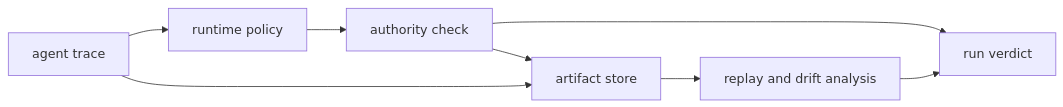
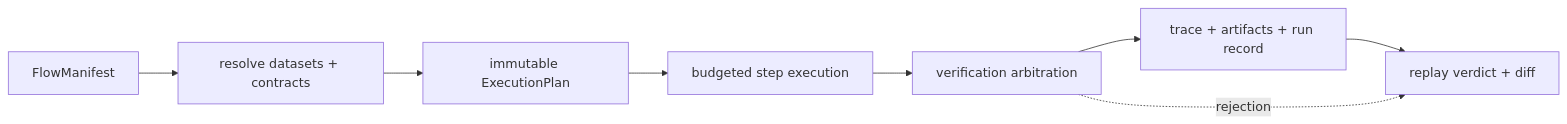
The diagram in docs/06-bijux-canon-runtime/index.md (bijux/bijux-canon), drawn with Mermaid before and after one commit. The commit also changed other lines of this file and 1 other file, not shown here.

Commit message:
docs(runtime): define replay and authority evidence

````diff
--- a/docs/06-bijux-canon-runtime/index.md
+++ b/docs/06-bijux-canon-runtime/index.md
@@ -23,13 +22,13 @@
 ```mermaid
 flowchart LR
-    trace["agent trace"]
-    policy["runtime policy"]
-    authority["authority check"]
-    store["artifact store"]
-    analysis["replay and drift analysis"]
-    verdict["run verdict"]
+    manifest["FlowManifest"]
+    resolve["resolve datasets + contracts"]
+    plan["immutable ExecutionPlan"]
+    execute["budgeted step execution"]
+    verify["verification arbitration"]
+    persist["trace + artifacts + run record"]
+    replay["replay verdict + diff"]
 
-    trace --> policy --> authority --> verdict
-    authority --> store --> analysis --> verdict
-    trace --> store
+    manifest --> resolve --> plan --> execute --> verify --> persist --> replay
+    verify -. rejection .-> replay
 ```
````
